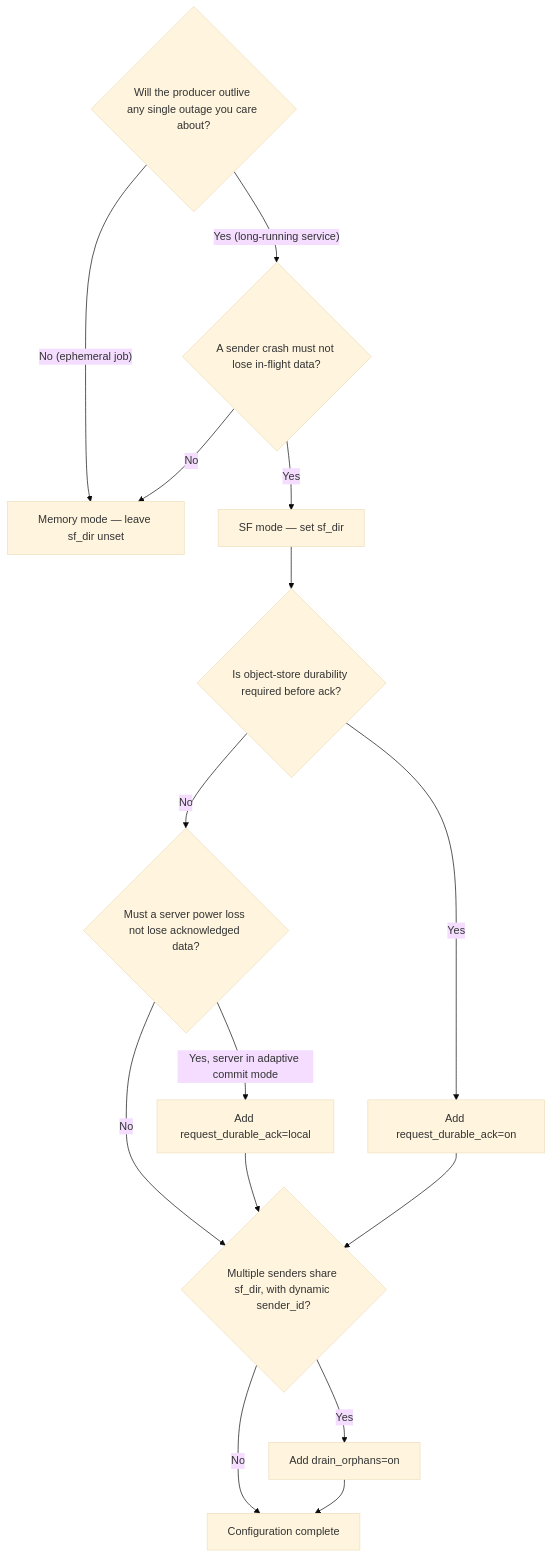
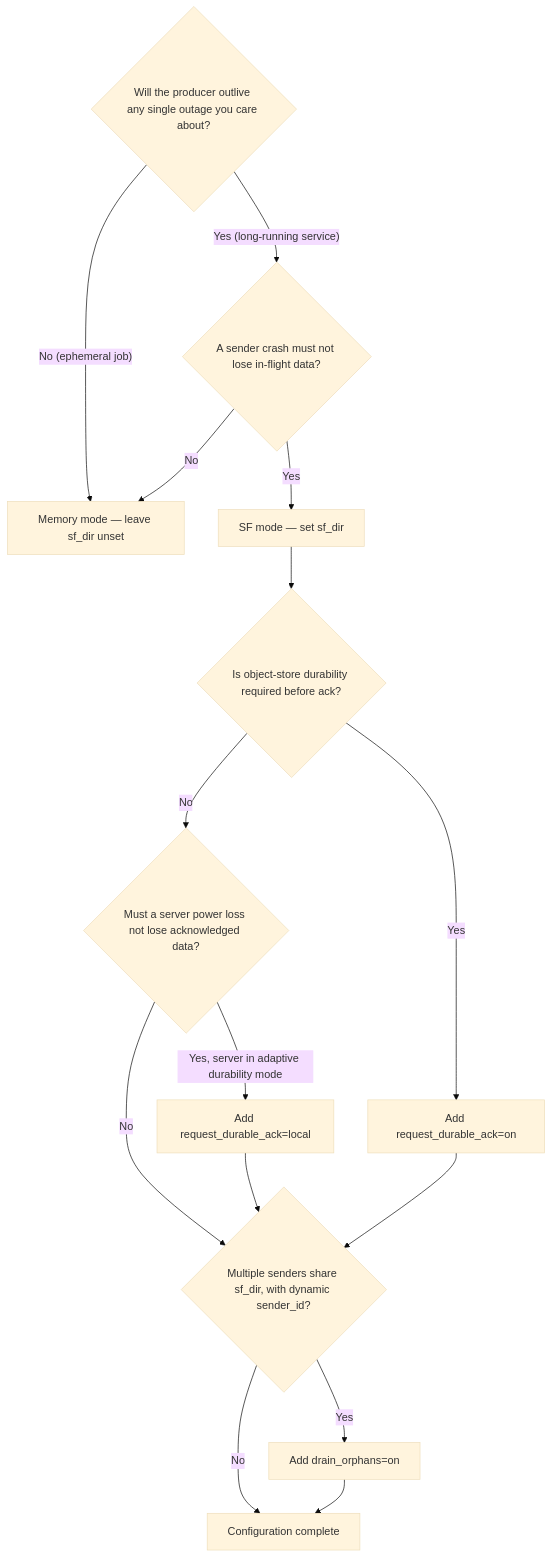
The diagram in documentation/high-availability/store-and-forward/when-to-use.md (questdb/documentation), drawn with Mermaid (base theme) before and after one commit. The commit also changed other lines of this file and 16 other files, not shown here.

Commit message:
docs: rename adaptive commit mode to adaptive durability mode

````diff
--- a/documentation/high-availability/store-and-forward/when-to-use.md
+++ b/documentation/high-availability/store-and-forward/when-to-use.md
@@ -214,23 +214,23 @@
 ```mermaid
 graph TD
     Q1{Will the producer outlive any single outage you care about?}
     Q2{A sender crash must not lose in-flight data?}
     Q3{Is object-store durability required before ack?}
     Q3L{Must a server power loss not lose acknowledged data?}
     Q4{Multiple senders share sf_dir, with dynamic sender_id?}
 
     Q1 -->|"No (ephemeral job)"| Memory[Memory mode — leave sf_dir unset]
     Q1 -->|"Yes (long-running service)"| Q2
     Q2 -->|No| Memory
     Q2 -->|Yes| SF[SF mode — set sf_dir]
     SF --> Q3
     Q3 -->|Yes| Durable[Add request_durable_ack=on]
     Q3 -->|No| Q3L
-    Q3L -->|"Yes, server in adaptive commit mode"| Local[Add request_durable_ack=local]
+    Q3L -->|"Yes, server in adaptive durability mode"| Local[Add request_durable_ack=local]
     Q3L -->|No| Q4
     Local --> Q4
     Durable --> Q4
     Q4 -->|Yes| Orphans[Add drain_orphans=on]
     Q4 -->|No| Done[Configuration complete]
     Orphans --> Done
 ```
````
